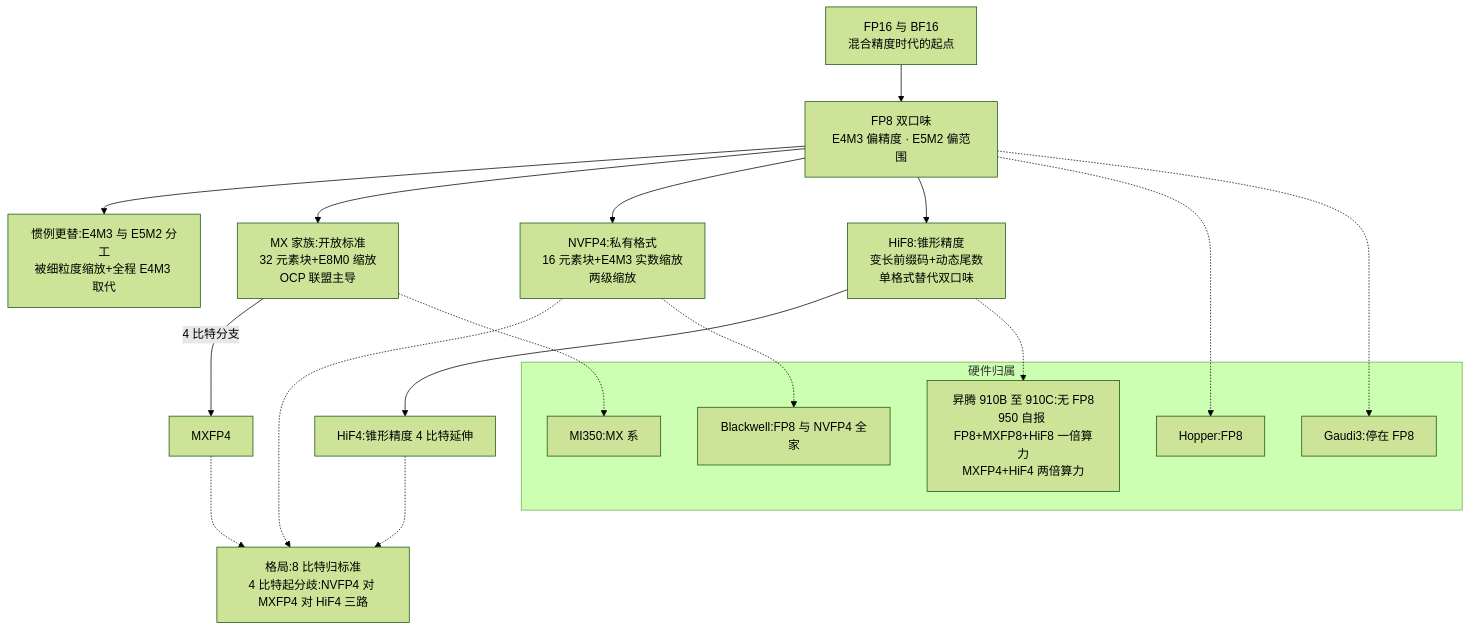
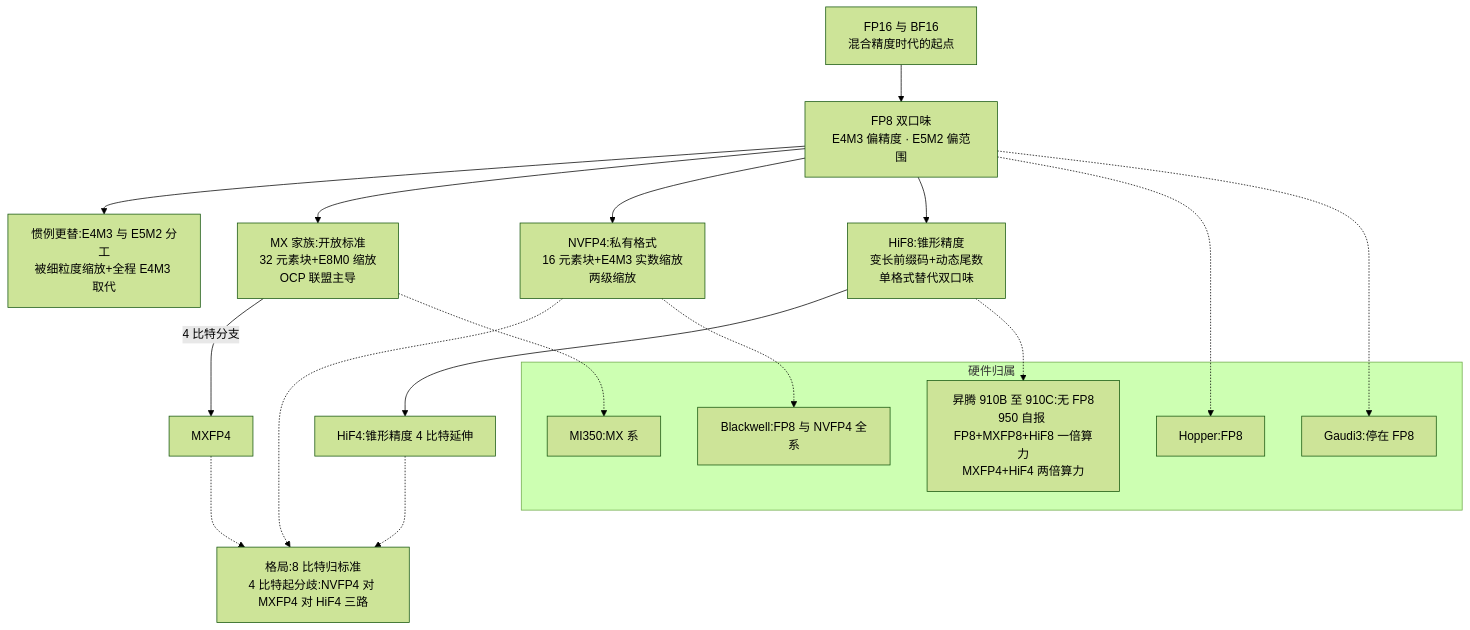
One commit to lloo099/mission44 changed the fourth of 5 diagrams in docs/blog/dispatch-27-low-bit-training.md. Above: the diagram before and after it, drawn with Mermaid (forest theme). The commit also changed other lines of this file and 24 other files, not shown here.

Commit message:
全站文风统一:29 篇按'专业简洁、去口语化'标准批量修订 — 确定性替换 100 处(崩法→失稳模式/洼地→空白领域/占坑→公开工作/黑箱→未公开/datatype 动物园→谱系/押注→投入/护城河→竞争壁垒 等)+ 8 个编辑 agent 分批逐句精修(D24 单篇 38 处;两轮均遇用量上限中断后续跑完成)+ blog.json 摘要 6 处 + 综述残留 2 处. 术语全站一致化; 29 文件 mermaid 全验证 0 errors; 快照页同步重建

````diff
--- a/docs/blog/dispatch-27-low-bit-training.md
+++ b/docs/blog/dispatch-27-low-bit-training.md
@@ -211,33 +211,33 @@
 ```mermaid
 flowchart TD
     ROOT["FP16 与 BF16<br/>混合精度时代的起点"]
     FP8["FP8 双口味<br/>E4M3 偏精度 · E5M2 偏范围"]
     SHIFT["惯例更替:E4M3 与 E5M2 分工<br/>被细粒度缩放+全程 E4M3 取代"]
     MX["MX 家族:开放标准<br/>32 元素块+E8M0 缩放<br/>OCP 联盟主导"]
     NV["NVFP4:私有格式<br/>16 元素块+E4M3 实数缩放<br/>两级缩放"]
     HIF8["HiF8:锥形精度<br/>变长前缀码+动态尾数<br/>单格式替代双口味"]
     HIF4["HiF4:锥形精度 4 比特延伸"]
     ROOT --> FP8
     FP8 --> SHIFT
     FP8 --> MX
     FP8 --> NV
     FP8 --> HIF8
     HIF8 --> HIF4
     MX -->|"4 比特分支"| MXFP4["MXFP4"]
     SPLIT["格局:8 比特归标准<br/>4 比特起分歧:NVFP4 对 MXFP4 对 HiF4 三路"]
     NV -.-> SPLIT
     MXFP4 -.-> SPLIT
     HIF4 -.-> SPLIT
     subgraph HW ["硬件归属"]
         H1["Hopper:FP8"]
-        H2["Blackwell:FP8 与 NVFP4 全家"]
+        H2["Blackwell:FP8 与 NVFP4 全系"]
         H3["MI350:MX 系"]
         H4["Gaudi3:停在 FP8"]
         H5["昇腾 910B 至 910C:无 FP8<br/>950 自报 FP8+MXFP8+HiF8 一倍算力<br/>MXFP4+HiF4 两倍算力"]
     end
     FP8 -.-> H1
     NV -.-> H2
     MX -.-> H3
     FP8 -.-> H4
     HIF8 -.-> H5
 ```
````
